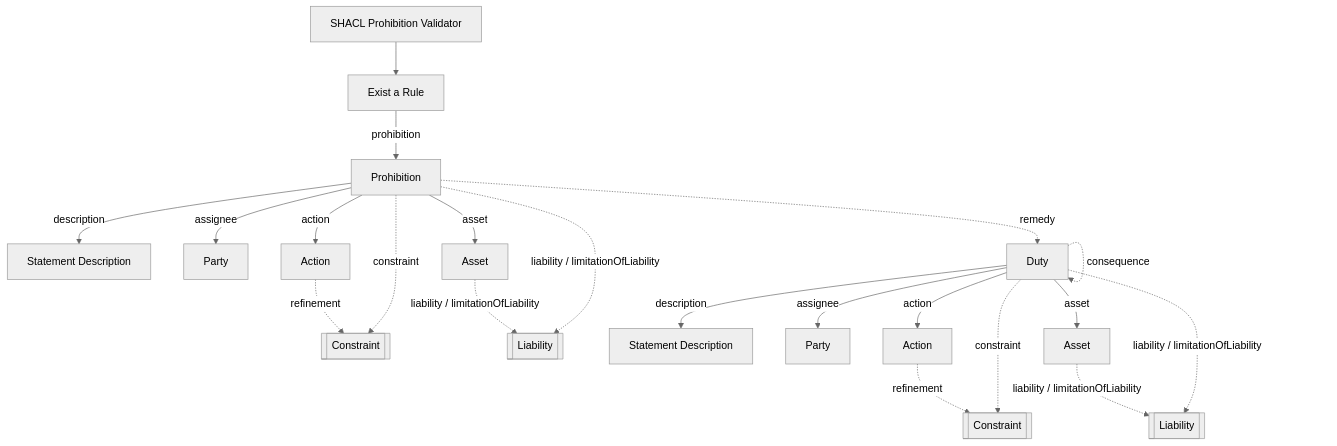
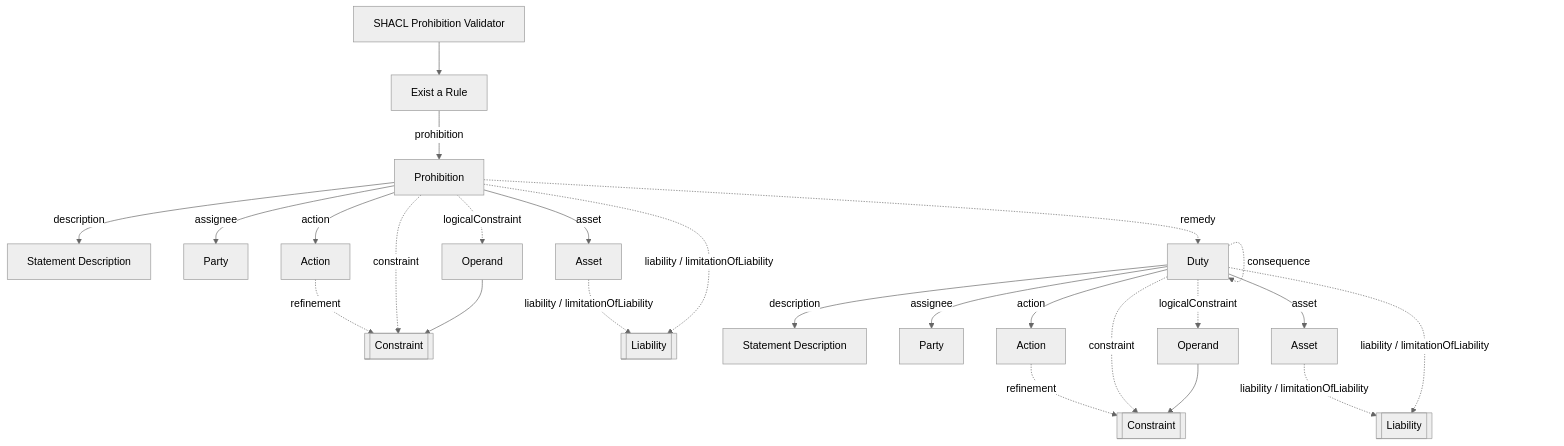
One commit to isa-group/tosl changed the fourth of 7 diagrams in validator/README.md. Above: the diagram before and after it, drawn with Mermaid. The commit also changed other lines of this file and 6 other files, not shown here.

Commit message:
add logical constraint to the validator

````diff
--- a/validator/README.md
+++ b/validator/README.md
@@ -85,30 +89,33 @@
 ```mermaid 
 %%{ init: { "theme": "neutral" } }%%
 flowchart TD
 
     A[SHACL Prohibition Validator] --> C[Exist a Rule]
     C -- prohibition --> D[Prohibition]
     D -- description --> P[Statement Description]
 
     D -- assignee --> G[Party]
     D -- action --> H[Action]
     D -- asset --> I[Asset]
 
     H -. refinement .-> J
     D -. constraint .-> J[[Constraint]]
+    D -. logicalConstraint .-> R[Operand]
+    R --> J
+
     I -. liability / limitationOfLiability .-> X[[Liability]]
     D -. liability / limitationOfLiability .-> X
     D -. remedy .-> E[Duty]
-
     
     E -- description --> Q[Statement Description]
     E -- assignee --> L[Party]
     E -- action --> M[Action]
     E -- asset --> O[Asset]
     O -. liability / limitationOfLiability .-> Y[[Liability]]
     M -. refinement .-> N
     E -. constraint .-> N[[Constraint]]
+    E -. logicalConstraint .-> S[Operand]
+    S --> N
     E -. liability / limitationOfLiability .-> Y
     E -. consequence .-> E
-
 ```
````
